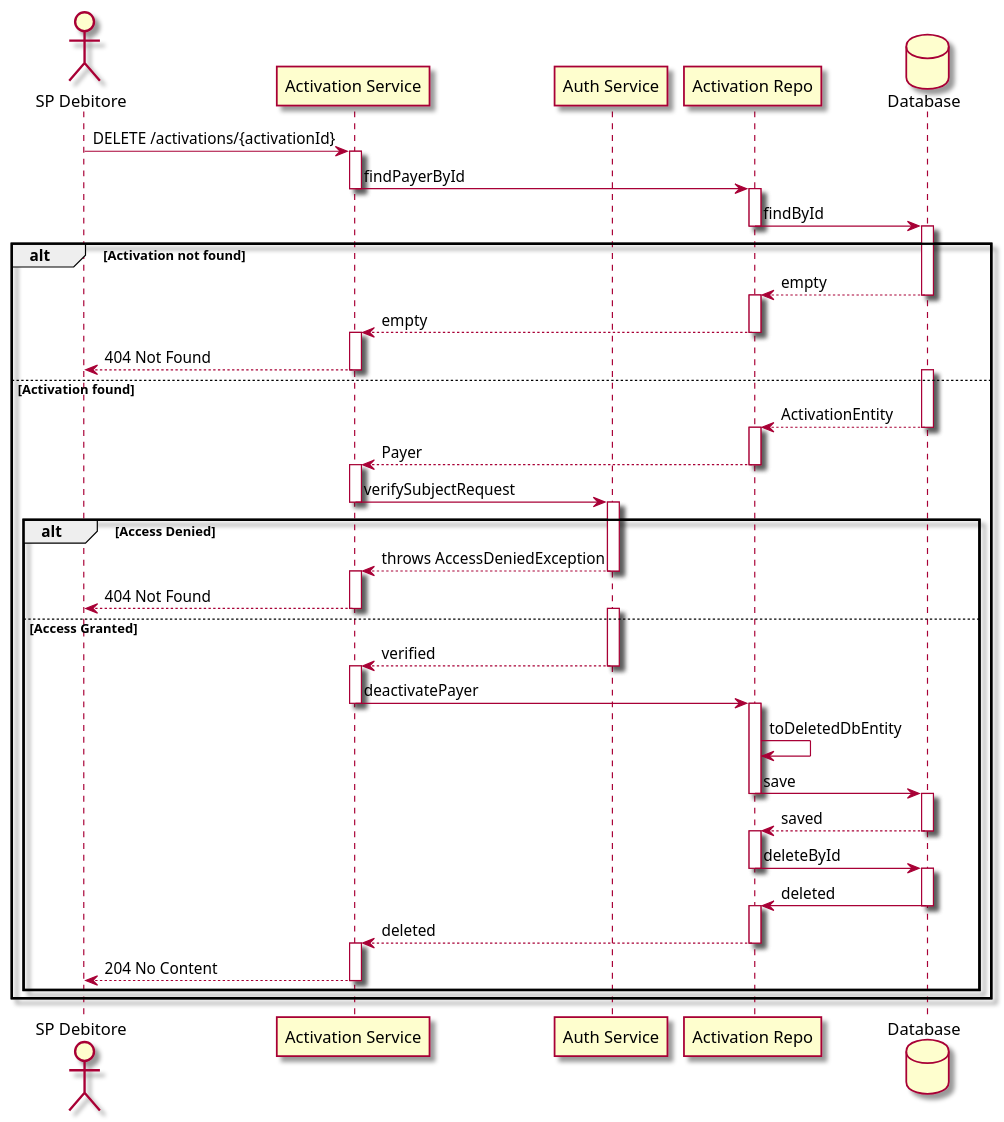
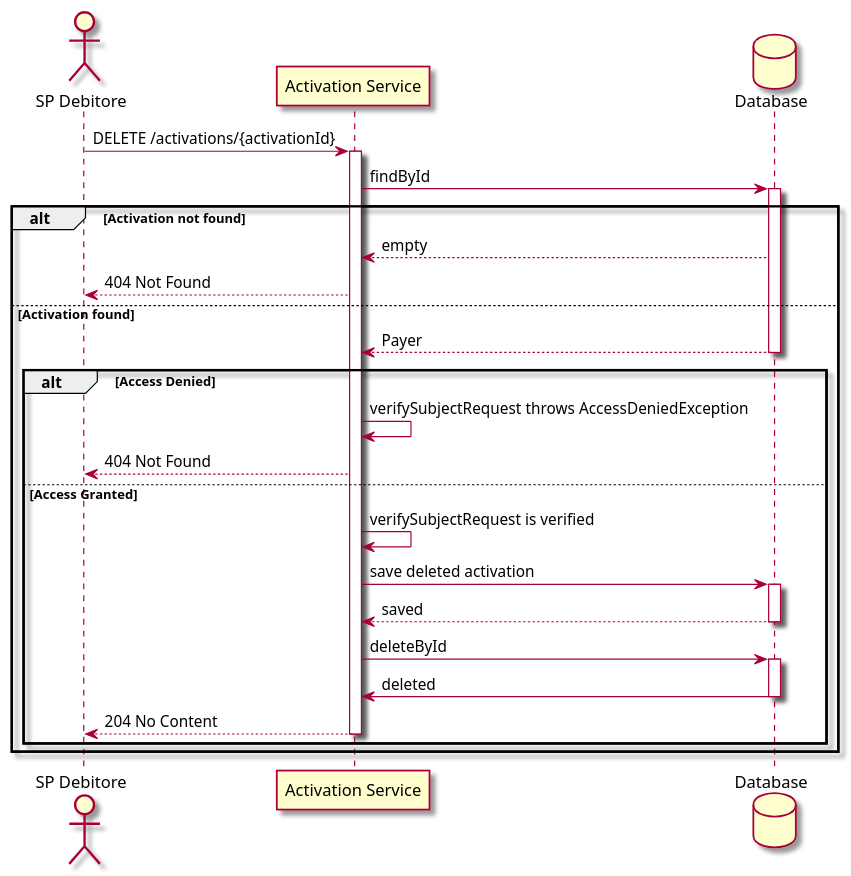
One commit to pagopa/rtp-docs changed the diagram in diagrams/deactivation.puml. Above: the diagram before and after it, drawn with PlantUML.

Commit message:
fix: [SRTP-508] streamline deactivation diagram

```diff
--- a/diagrams/deactivation.puml
+++ b/diagrams/deactivation.puml
@@ -1,91 +1,45 @@
 @startuml
 
 skin rose
 actor "SP Debitore" as SPD
 participant "Activation Service" as AS
-participant "Auth Service" as AUTH
-participant "Activation Repo" as AR
 database "Database" as DB
 
 SPD -> AS: DELETE /activations/{activationId}
 activate AS
 
-AS -> AR: findPayerById
-deactivate AS
-activate AR
-
-AR -> DB: findById
-deactivate AR
+AS -> DB: findById
 activate DB
 
 alt Activation not found
-    DB --> AR: empty
-    deactivate DB
-    activate AR
-
-    AR --> AS: empty
-    deactivate AR
-    activate AS
-
+    DB --> AS: empty
     AS --> SPD: 404 Not Found
-    deactivate AS
 
 else Activation found
-    activate DB
-    DB --> AR: ActivationEntity
+    DB --> AS: Payer
     deactivate DB
-    activate AR
-
-    AR --> AS: Payer
-    deactivate AR
-    activate AS
-
-    AS -> AUTH: verifySubjectRequest
-    deactivate AS
-    activate AUTH
 
     alt Access Denied
-        AUTH --> AS: throws AccessDeniedException
-        deactivate AUTH
-        activate AS
-
+        AS -> AS: verifySubjectRequest throws AccessDeniedException
         AS --> SPD: 404 Not Found
-        deactivate AS
 
     else Access Granted
-    activate AUTH
-        AUTH --> AS: verified
-        deactivate AUTH
-        activate AS
-
-        AS -> AR: deactivatePayer
-        deactivate AS
-        activate AR
-
-        AR -> AR: toDeletedDbEntity
-        AR -> DB: save
-        deactivate AR
+        AS -> AS: verifySubjectRequest is verified
+        AS -> DB: save deleted activation
         activate DB
 
-        DB --> AR: saved
+        DB --> AS: saved
         deactivate DB
-        activate AR
 
-        AR -> DB: deleteById
-        deactivate AR
+        AS -> DB: deleteById
         activate DB
 
-        DB -> AR: deleted
+        DB -> AS: deleted
         deactivate DB
-        activate AR
-
-        AR --> AS: deleted
-        deactivate AR
-        activate AS
 
         AS --> SPD: 204 No Content
         deactivate AS
     end
 end
 
 @enduml
```
